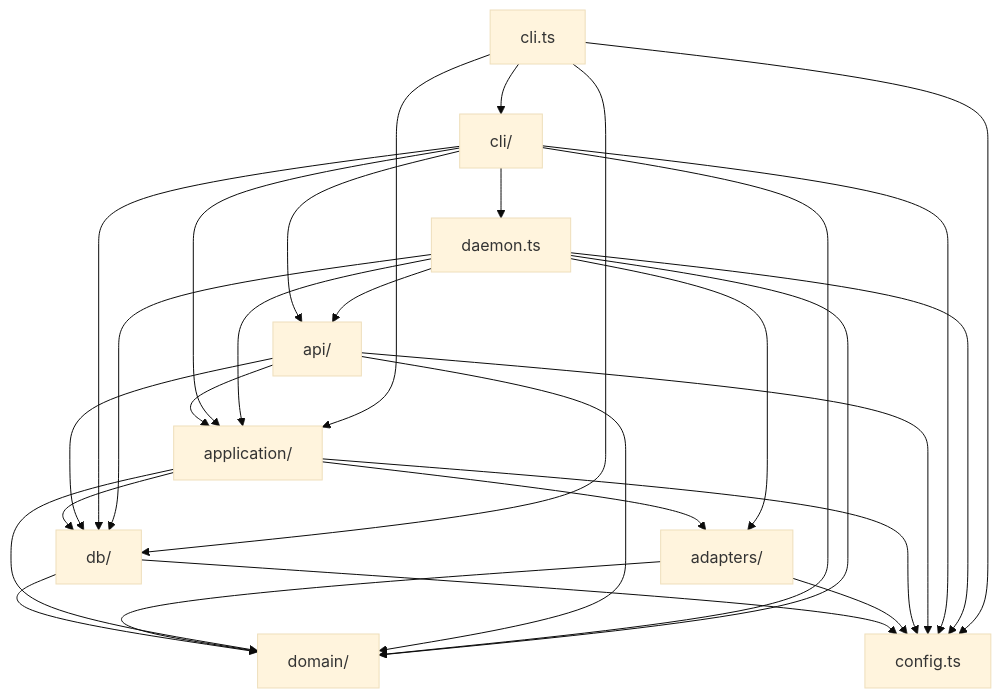
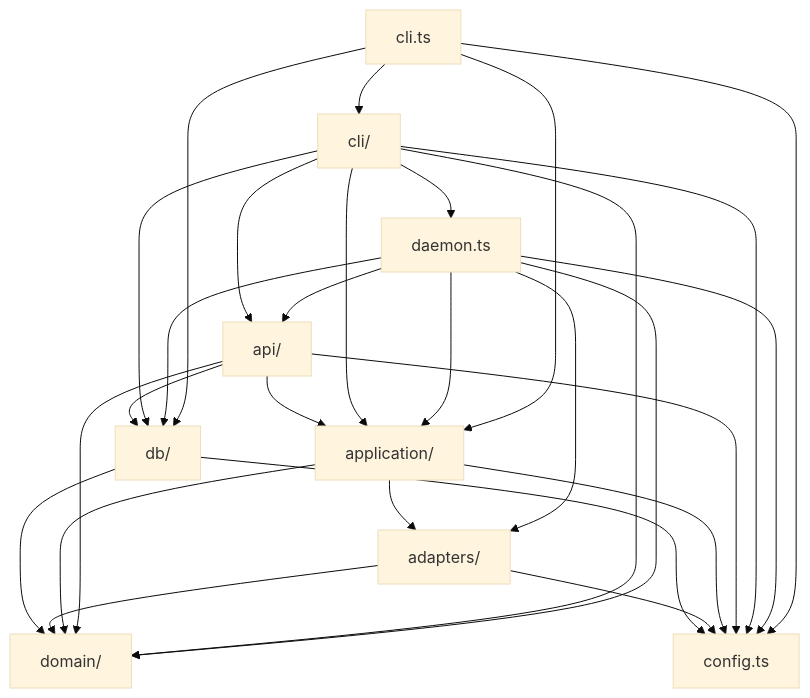
Before and after one commit to tomrobdev/agentdeck: the first of 3 diagrams in docs/architecture.md, drawn with Mermaid (base theme). The commit also changed other lines of this file and 51 other files, not shown here.

````diff
--- a/docs/architecture.md
+++ b/docs/architecture.md
@@ -23,19 +23,19 @@
 ```mermaid
 flowchart TD
   domain["domain/"]
   config_ts["config.ts"]
   db["db/"]
   adapters["adapters/"]
   application["application/"]
   api["api/"]
   cli["cli/"]
   daemon_ts["daemon.ts"]
   cli_ts["cli.ts"]
   db --> domain & config_ts
   adapters --> domain & config_ts
-  application --> adapters & db & domain & config_ts
+  application --> adapters & domain & config_ts
   api --> application & db & domain & config_ts
   cli --> api & application & db & domain & config_ts & daemon_ts
   daemon_ts --> api & application & adapters & db & domain & config_ts
   cli_ts --> cli & application & db & config_ts
 ```
````
